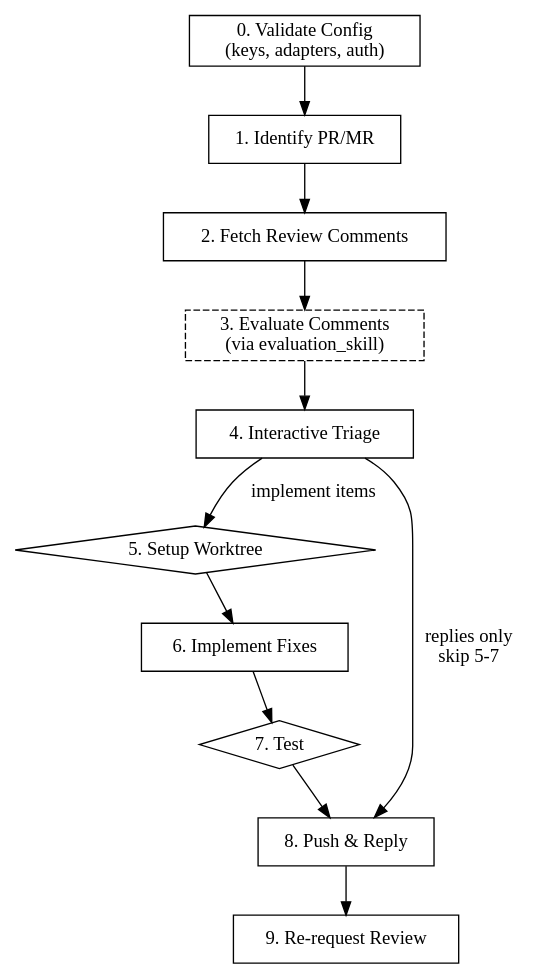
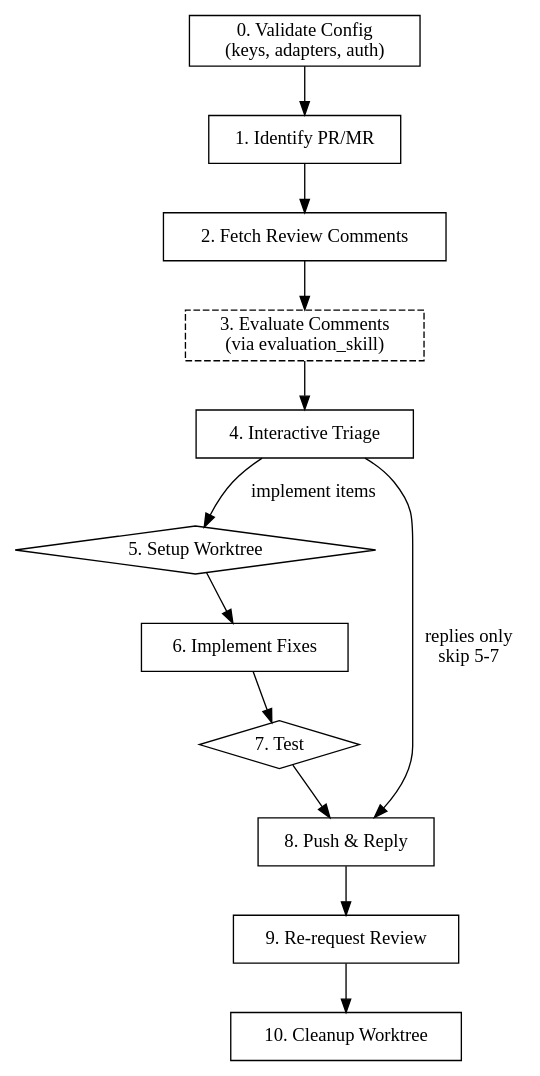
One commit to rodrigomanhaes/flowyeah changed the diagram in plugins/flowyeah/skills/respond/SKILL.md. Above: the diagram before and after it, drawn with Graphviz. The commit also changed other lines of this file and 4 other files, not shown here.

````diff
--- a/plugins/flowyeah/skills/respond/SKILL.md
+++ b/plugins/flowyeah/skills/respond/SKILL.md
@@ -18,23 +18,24 @@
 ```dot
 digraph respond {
     rankdir=TB;
     node [shape=box];
 
     validate [label="0. Validate Config\n(keys, adapters, auth)"];
     identify [label="1. Identify PR/MR"];
     fetch [label="2. Fetch Review Comments"];
     evaluate [label="3. Evaluate Comments\n(via evaluation_skill)" style=dashed];
     triage [label="4. Interactive Triage"];
     worktree [label="5. Setup Worktree" shape=diamond];
     implement [label="6. Implement Fixes"];
     test [label="7. Test" shape=diamond];
     push_reply [label="8. Push & Reply"];
     rerequest [label="9. Re-request Review"];
+    cleanup [label="10. Cleanup Worktree"];
 
     validate -> identify -> fetch -> evaluate -> triage;
     triage -> worktree [label="implement items"];
     triage -> push_reply [label="replies only\nskip 5-7"];
     worktree -> implement -> test -> push_reply;
-    push_reply -> rerequest;
+    push_reply -> rerequest -> cleanup;
 }
 ```
````
